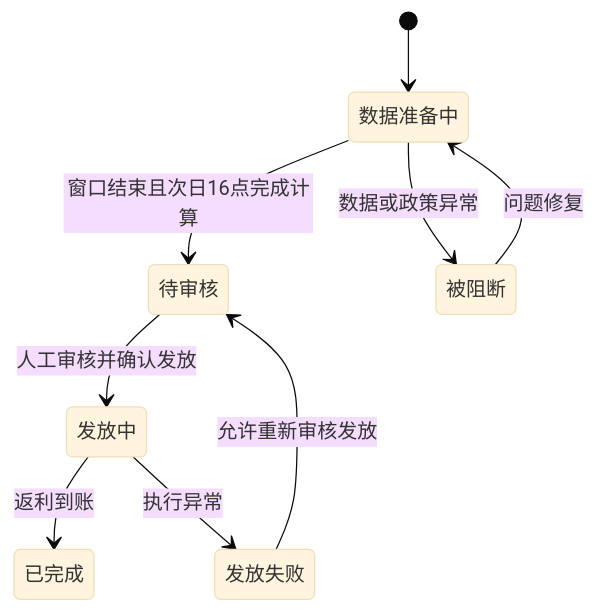
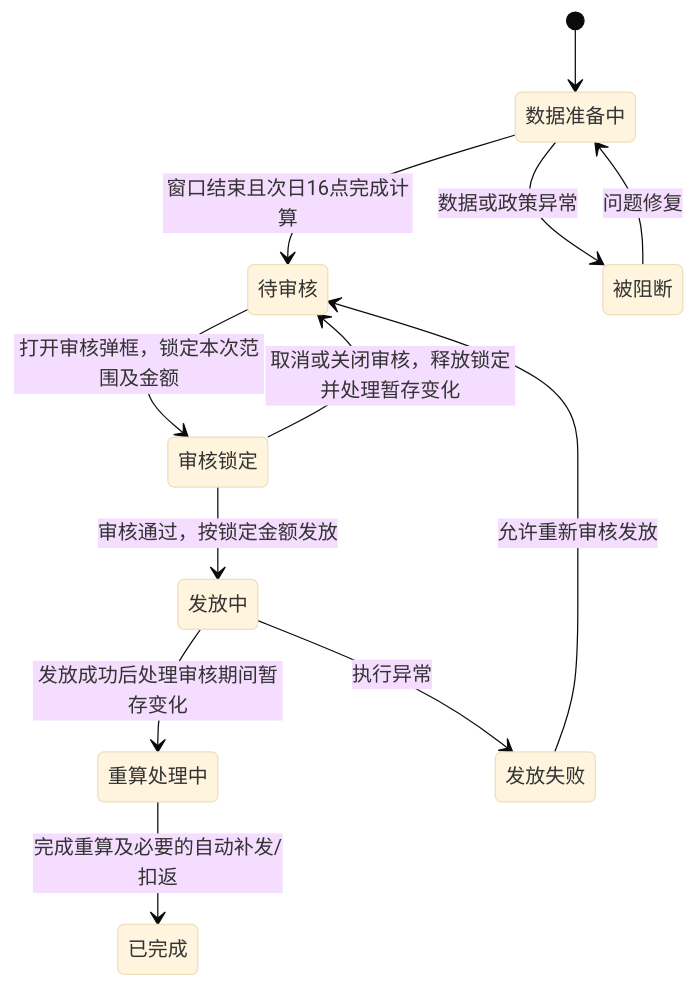
One commit to lichen-lc123/wangdianfanli changed the third of 7 diagrams in 01-全局背景信息/页面拆分与状态流转.md. Above: the diagram before and after it, drawn with Mermaid (base theme). The commit also changed other lines of this file and 22 other files, not shown here.

````diff
--- a/01-全局背景信息/页面拆分与状态流转.md
+++ b/01-全局背景信息/页面拆分与状态流转.md
@@ -251,11 +251,14 @@
 ```mermaid
 stateDiagram-v2
     [*] --> 数据准备中
     数据准备中 --> 待审核: 窗口结束且次日16点完成计算
     数据准备中 --> 被阻断: 数据或政策异常
     被阻断 --> 数据准备中: 问题修复
-    待审核 --> 发放中: 人工审核并确认发放
-    发放中 --> 已完成: 返利到账
+    待审核 --> 审核锁定: 打开审核弹框，锁定本次范围及金额
+    审核锁定 --> 发放中: 审核通过，按锁定金额发放
+    审核锁定 --> 待审核: 取消或关闭审核，释放锁定并处理暂存变化
+    发放中 --> 重算处理中: 发放成功后处理审核期间暂存变化
+    重算处理中 --> 已完成: 完成重算及必要的自动补发/扣返
     发放中 --> 发放失败: 执行异常
     发放失败 --> 待审核: 允许重新审核发放
 ```
````
